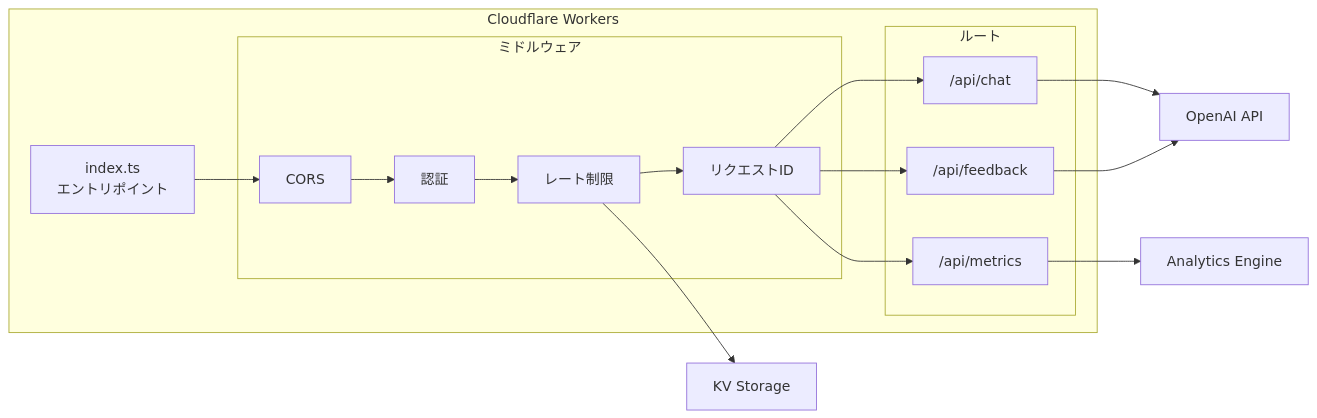
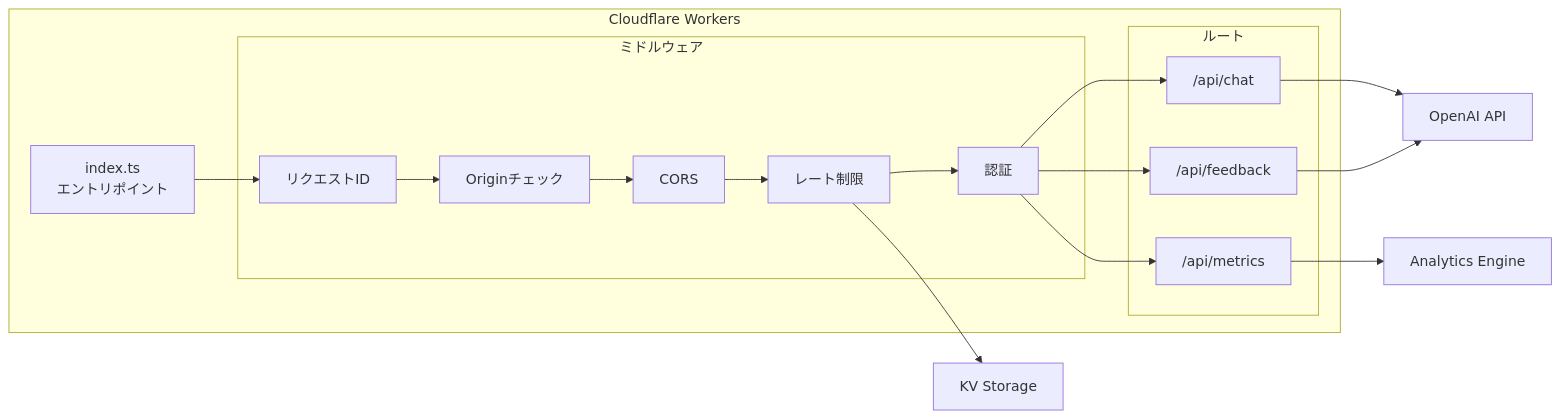
The fifth of 16 diagrams in apps/v2-modern/docs/00_overview/00_Master_Technical_Reference.md (Ibar-Aki/solar-aldrin), drawn with Mermaid before and after one commit. The commit also changed other lines of this file and 4 other files, not shown here.

````diff
--- a/apps/v2-modern/docs/00_overview/00_Master_Technical_Reference.md
+++ b/apps/v2-modern/docs/00_overview/00_Master_Technical_Reference.md
@@ -291,30 +298,31 @@
 ```mermaid
 graph LR
     subgraph "Cloudflare Workers"
         ENTRY[index.ts<br/>エントリポイント]
         
         subgraph "ミドルウェア"
+            REQ[リクエストID]
+            ORG[Originチェック]
             CORS[CORS]
+            RL[レート制限]
             AUTH[認証]
-            RL[レート制限]
-            REQ[リクエストID]
         end
         
         subgraph "ルート"
             CHAT["/api/chat"]
             FB["/api/feedback"]
             MET["/api/metrics"]
         end
     end
     
     OPENAI[OpenAI API]
     KV[KV Storage]
     AE[Analytics Engine]
     
-    ENTRY --> CORS --> AUTH --> RL --> REQ
-    REQ --> CHAT & FB & MET
+    ENTRY --> REQ --> ORG --> CORS --> RL --> AUTH
+    AUTH --> CHAT & FB & MET
     CHAT --> OPENAI
     FB --> OPENAI
     MET --> AE
     RL --> KV
 ```
````
